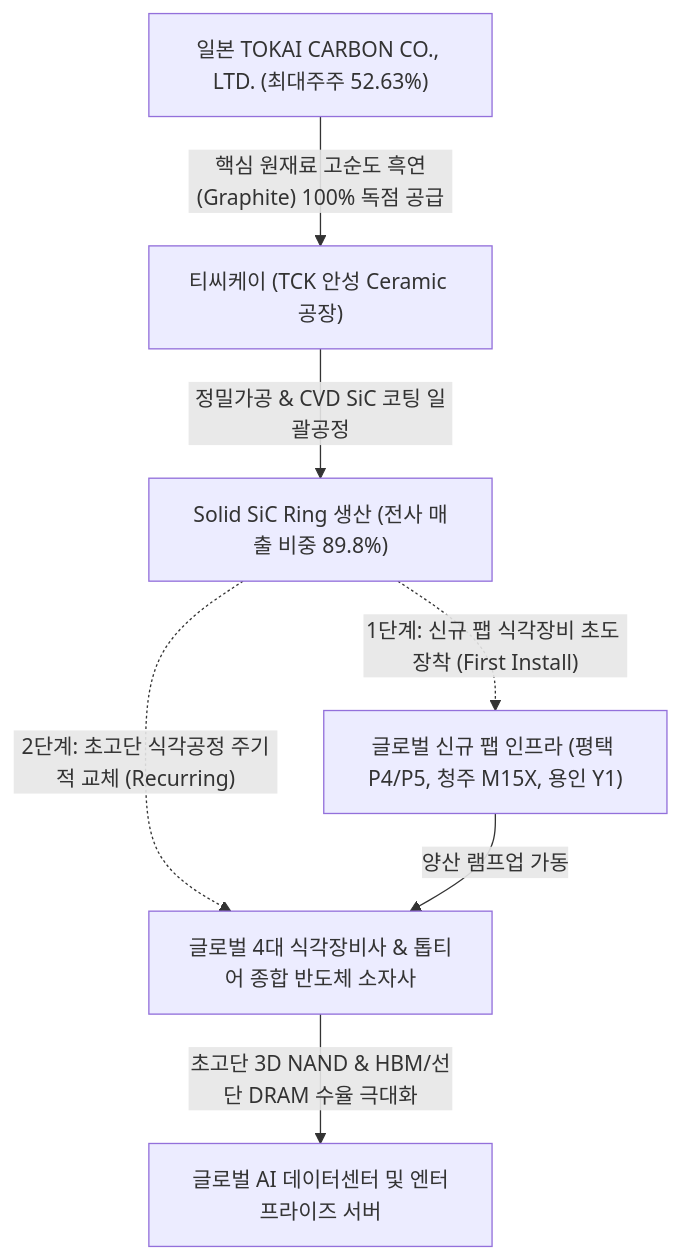
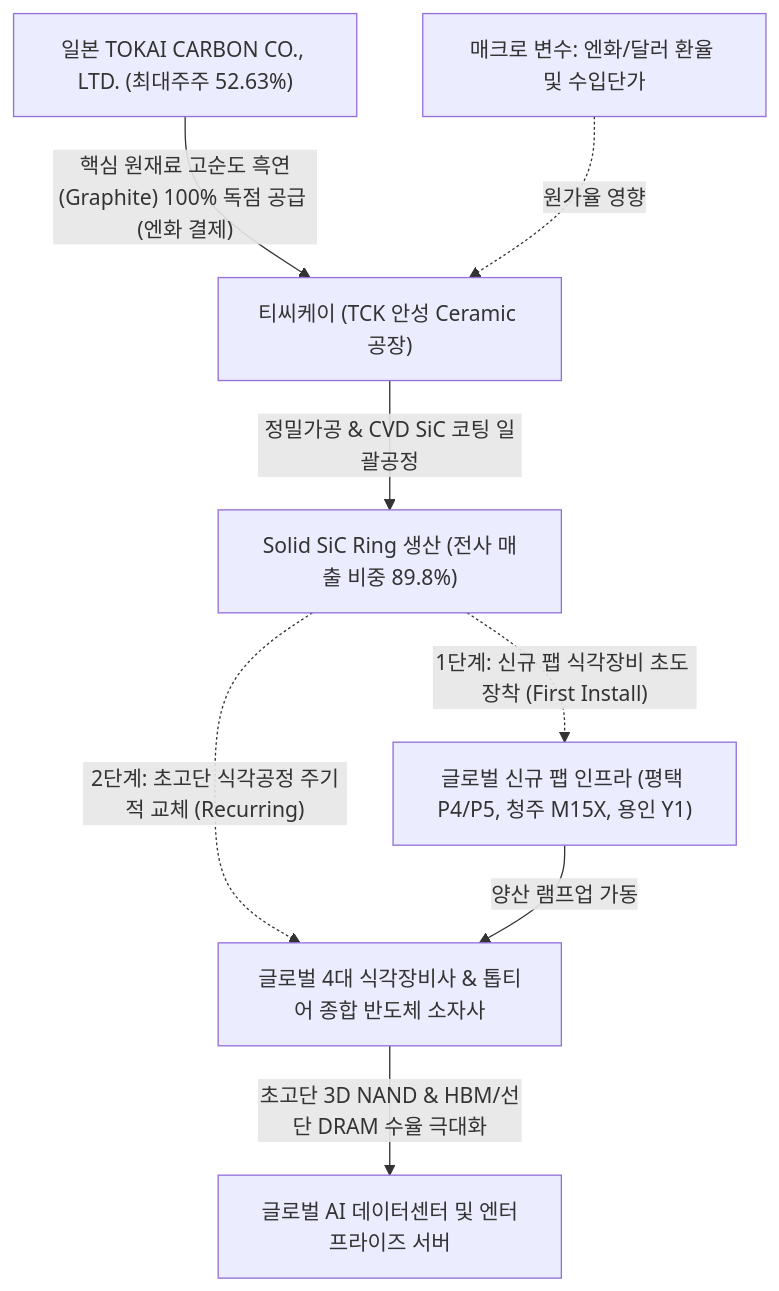
One commit to eve830521-cmd/my-skill changed the diagram in Stock_Research/티씨케이/3_Final_Reports/Phase1_Report.md. Above: the diagram before and after it, drawn with Mermaid. The commit also changed other lines of this file and 37 other files, not shown here.

````diff
--- a/Stock_Research/티씨케이/3_Final_Reports/Phase1_Report.md
+++ b/Stock_Research/티씨케이/3_Final_Reports/Phase1_Report.md
@@ -24,9 +30,10 @@
 ```mermaid
 graph TD
-    A["일본 TOKAI CARBON CO., LTD. (최대주주 52.63%)"] -->|"핵심 원재료 고순도 흑연(Graphite) 100% 독점 공급"| B["티씨케이 (TCK 안성 Ceramic 공장)"]
+    A["일본 TOKAI CARBON CO., LTD. (최대주주 52.63%)"] -->|"핵심 원재료 고순도 흑연(Graphite) 100% 독점 공급 (엔화 결제)"| B["티씨케이 (TCK 안성 Ceramic 공장)"]
+    M1["매크로 변수: 엔화/달러 환율 및 수입단가"] -.->|"원가율 영향"| B
     B -->|"정밀가공 & CVD SiC 코팅 일괄공정"| C["Solid SiC Ring 생산 (전사 매출 비중 89.8%)"]
     C -. "1단계: 신규 팹 식각장비 초도 장착 (First Install)" .-> D["글로벌 신규 팹 인프라 (평택 P4/P5, 청주 M15X, 용인 Y1)"]
     C -. "2단계: 초고단 식각공정 주기적 교체 (Recurring)" .-> E["글로벌 4대 식각장비사 & 톱티어 종합 반도체 소자사"]
     D -->|"양산 램프업 가동"| E
     E -->|"초고단 3D NAND & HBM/선단 DRAM 수율 극대화"| F["글로벌 AI 데이터센터 및 엔터프라이즈 서버"]
 ```
````
